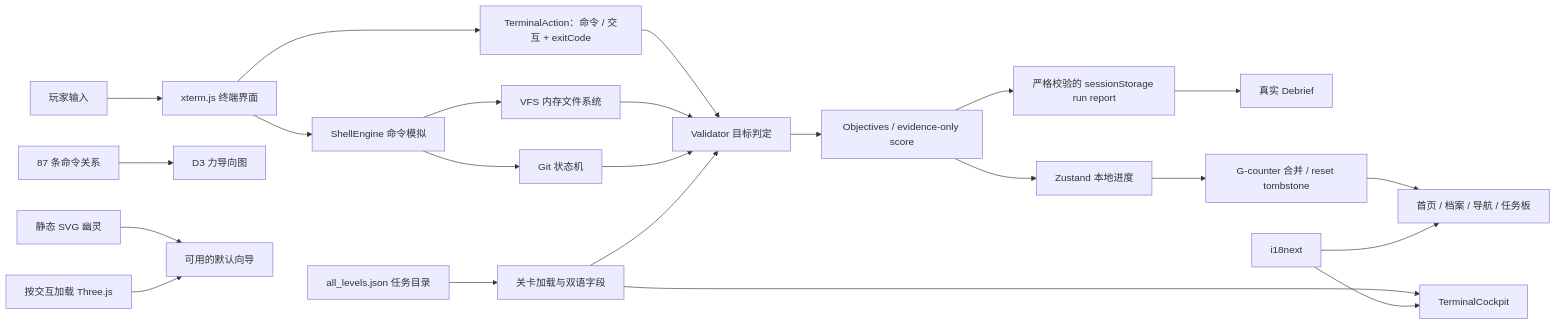
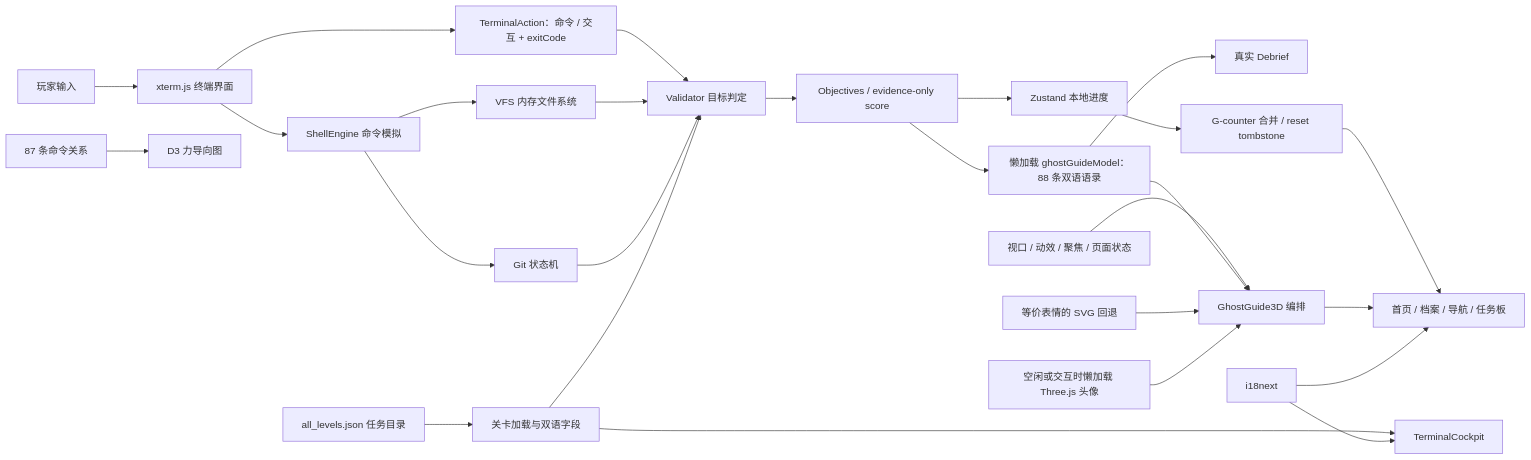
The diagram in README.md (DerongDeng-dero/Ghost-Mission), drawn with Mermaid before and after one commit. The commit also changed other lines of this file and 11 other files, not shown here.

Commit message:
feat: upgrade the interactive ghost guide

````diff
--- a/README.md
+++ b/README.md
@@ -216,25 +235,28 @@
 ```mermaid
 flowchart LR
   U["玩家输入"] --> X["xterm.js 终端界面"]
   X --> S["ShellEngine 命令模拟"]
   S --> V["VFS 内存文件系统"]
   S --> K["Git 状态机"]
   X --> E["TerminalAction：命令 / 交互 + exitCode"]
   D["all_levels.json 任务目录"] --> L["关卡加载与双语字段"]
   L --> T["TerminalCockpit"]
   E --> C["Validator 目标判定"]
   V --> C
   K --> C
   L --> C
   C --> P["Objectives / evidence-only score"]
   P --> Q["严格校验的 sessionStorage run report"]
   Q --> B["真实 Debrief"]
   P --> W["Zustand 本地进度"]
   W --> M["G-counter 合并 / reset tombstone"]
   M --> UI["首页 / 档案 / 导航 / 任务板"]
   A["87 条命令关系"] --> G["D3 力导向图"]
-  F["静态 SVG 幽灵"] --> H["可用的默认向导"]
-  R["按交互加载 Three.js"] --> H
+  Z["视口 / 动效 / 聚焦 / 页面状态"] --> H["GhostGuide3D 编排"]
+  Q["懒加载 ghostGuideModel：88 条双语语录"] --> H
+  F["等价表情的 SVG 回退"] --> H
+  R["空闲或交互时懒加载 Three.js 头像"] --> H
+  H --> UI
   I["i18next"] --> UI
   I --> T
 ```
````
